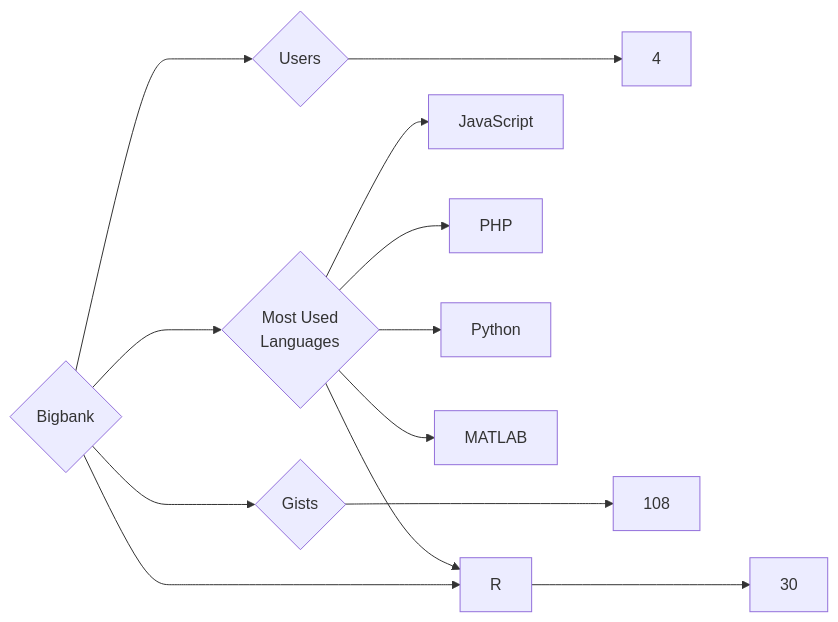
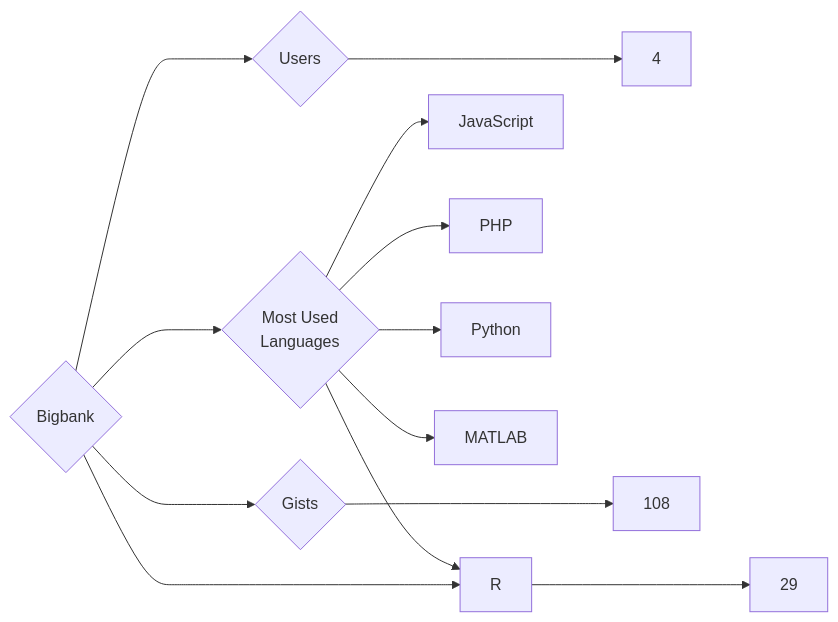
Before and after one commit to trickest/insiders: the diagram in targets/Bigbank/README.md, drawn with Mermaid. The commit also changed 1314 other files, not shown here.

````diff
--- a/targets/Bigbank/README.md
+++ b/targets/Bigbank/README.md
@@ -3,13 +3,13 @@
 ```mermaid
 graph LR
 COMPANY_NAME{Bigbank}
 COMPANY_NAME ---> U{Users} ---> UN[4]
-COMPANY_NAME ---> R{Repositories} ---> RN[30]
+COMPANY_NAME ---> R{Repositories} ---> RN[29]
 COMPANY_NAME ---> G{Gists} ---> GN[108]
 COMPANY_NAME ---> ML{Most Used<br>Languages}
 ML --> JavaScript[JavaScript]
 ML --> PHP[PHP]
 ML --> Python[Python]
 ML --> MATLAB[MATLAB]
 ML --> R[R]
 ```
````
